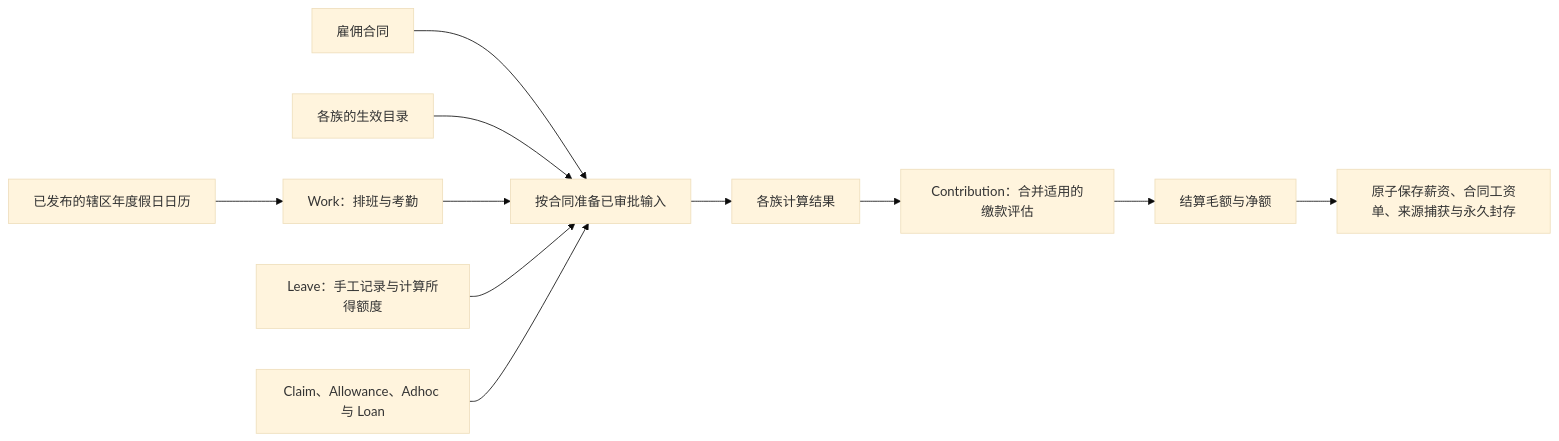
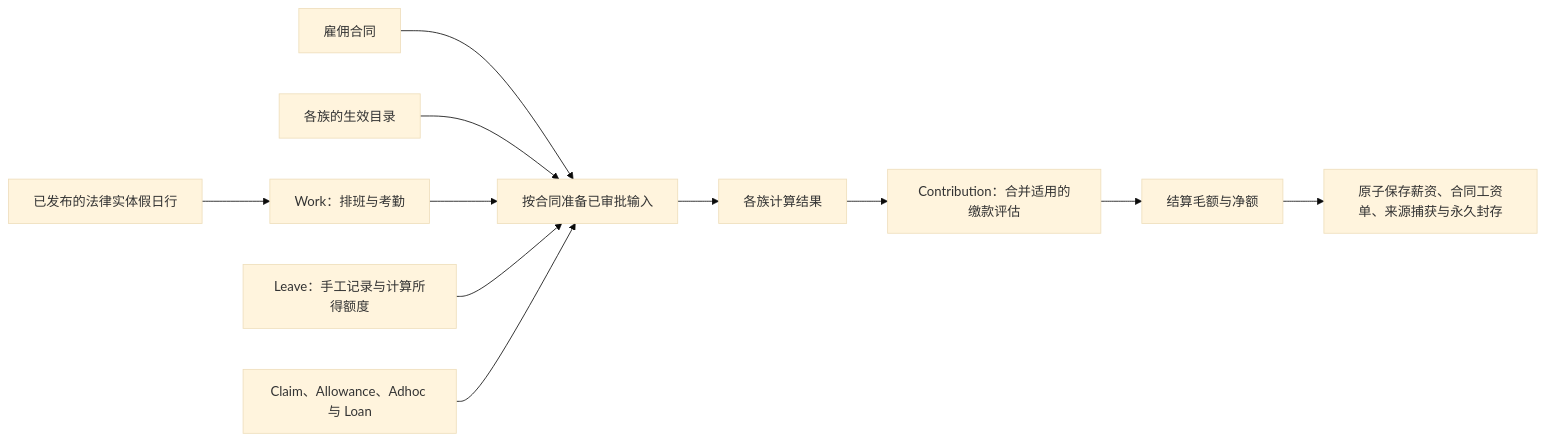
The diagram in hr-payroll/README.zh.md (norbital-ai/templates), drawn with Mermaid (base theme) before and after one commit. The commit also changed other lines of this file and 37 other files, not shown here.

````diff
--- a/hr-payroll/README.zh.md
+++ b/hr-payroll/README.zh.md
@@ -13,13 +13,13 @@
 ```mermaid
 flowchart LR
     Contract[雇佣合同] --> Prepare[按合同准备已审批输入]
     Catalog[各族的生效目录] --> Prepare
-    Holidays[已发布的辖区年度假日日历] --> Work[Work：排班与考勤]
+    Holidays[已发布的法律实体假日行] --> Work[Work：排班与考勤]
     Work --> Prepare
     Leave[Leave：手工记录与计算所得额度] --> Prepare
     Money[Claim、Allowance、Adhoc 与 Loan] --> Prepare
     Prepare --> Calculate[各族计算结果]
     Calculate --> Contribution[Contribution：合并适用的缴款评估]
     Contribution --> Settle[结算毛额与净额]
     Settle --> Commit[原子保存薪资、合同工资单、来源捕获与永久封存]
 ```
````
